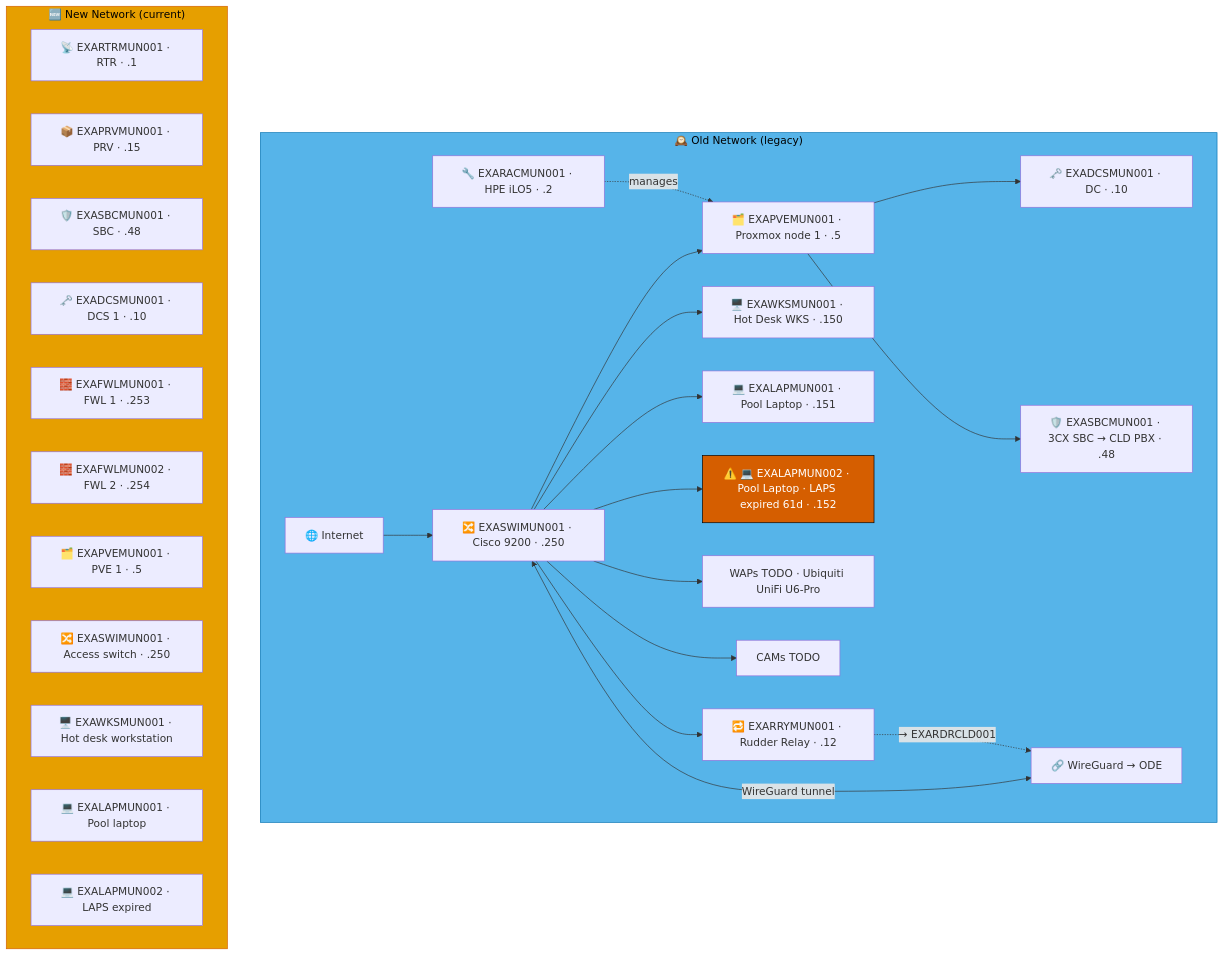
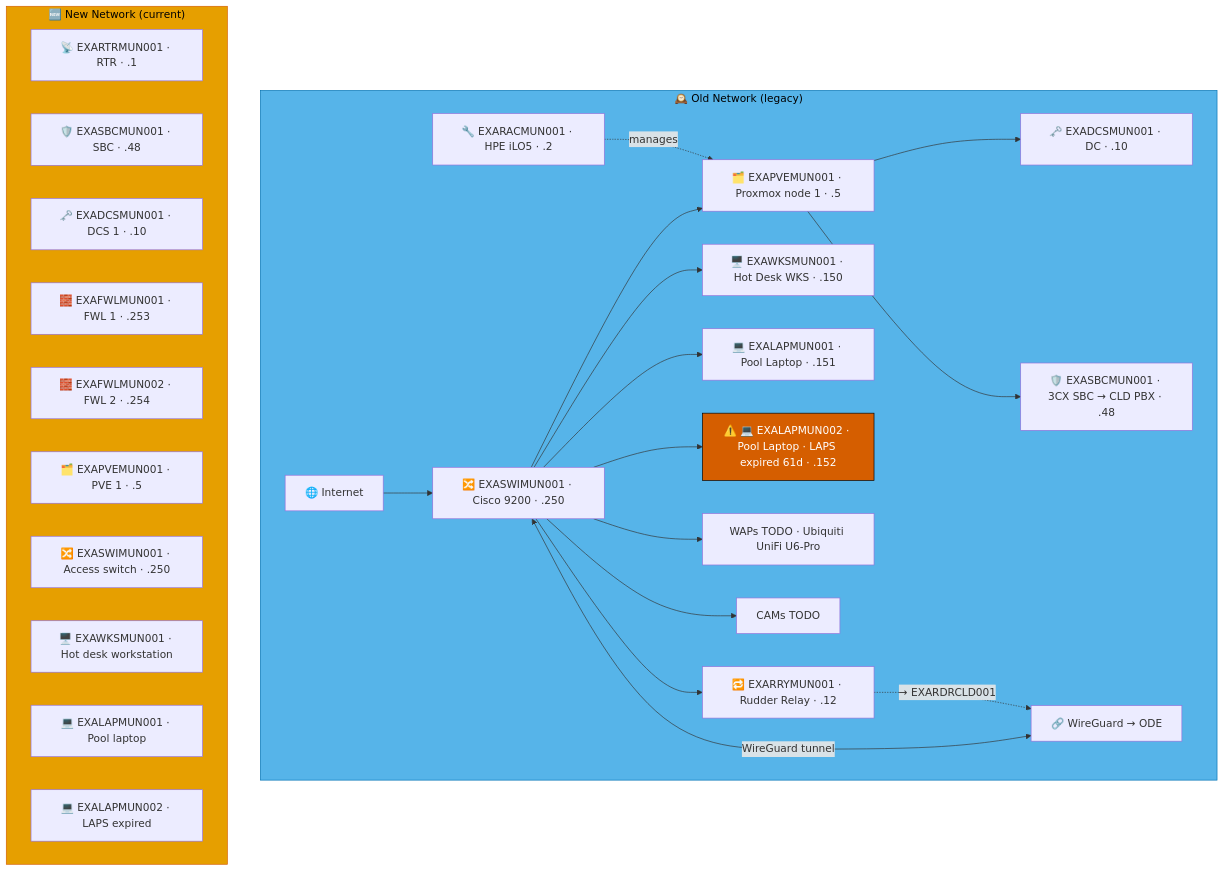
Before and after one commit to knightmare2600/example_music_infra: the third of 5 diagrams in docs/network-diagram/deutschland.md, drawn with Mermaid. The commit also changed other lines of this file and 55 other files, not shown here.

````diff
--- a/docs/network-diagram/deutschland.md
+++ b/docs/network-diagram/deutschland.md
@@ -126,46 +124,45 @@
 ```mermaid
 graph TD
     subgraph OLD_MUN ["🕰️ Old Network (legacy)"]
       INET["🌐 Internet"]
       SW["🔀 EXASWIMUN001 · Cisco 9200 · .250"]
       RAC["🔧 EXARACMUN001 · HPE iLO5 · .2"]
       PVE["🗂️ EXAPVEMUN001 · Proxmox node 1 · .5"]
       DC["🗝️ EXADCSMUN001 · DC · .10"]
       SBC["🛡️ EXASBCMUN001 · 3CX SBC → CLD PBX · .48"]
       RRY["🔁 EXARRYMUN001 · Rudder Relay · .12"]
       WKS["🖥️ EXAWKSMUN001 · Hot Desk WKS · .150"]
       LAP1["💻 EXALAPMUN001 · Pool Laptop · .151"]
       LAP2["⚠️ 💻 EXALAPMUN002 · Pool Laptop · LAPS expired 61d · .152"]
       WAP["WAPs TODO · Ubiquiti UniFi U6-Pro"]
       CAM["CAMs TODO"]
       VPN["🔗 WireGuard → ODE"]
 
       INET --> SW
       SW --> PVE --> DC & SBC
       RAC -.->|"manages"| PVE
       SW --> WKS & LAP1 & LAP2 & WAP & CAM
       SW <-->|"WireGuard tunnel"| VPN
 
       SW --> RRY
       RRY -. "→ EXARDRCLD001" .-> VPN
     end
     style OLD_MUN fill:#56B4E9,stroke:#0072B2,color:#000000
     %% GENERATED:NEW-NETWORK:MUN:START
     subgraph NEW_MUN ["🆕 New Network (current)"]
       N_RTR["📡 EXARTRMUN001 · RTR · .1"]
-      N_PRV["📦 EXAPRVMUN001 · PRV · .15"]
       N_SBC["🛡️ EXASBCMUN001 · SBC · .48"]
       N_DCS["🗝️ EXADCSMUN001 · DCS 1 · .10"]
       N_FWL["🧱 EXAFWLMUN001 · FWL 1 · .253"]
       N_FWL2["🧱 EXAFWLMUN002 · FWL 2 · .254"]
       N_PVE["🗂️ EXAPVEMUN001 · PVE 1 · .5"]
       N_SWI["🔀 EXASWIMUN001 · Access switch · .250"]
       N_WKS["🖥️ EXAWKSMUN001 · Hot desk workstation"]
       N_LAP["💻 EXALAPMUN001 · Pool laptop"]
       N_LAP2["💻 EXALAPMUN002 · LAPS expired"]
     end
     style NEW_MUN fill:#E69F00,stroke:#D55E00,color:#000000
     %% GENERATED:NEW-NETWORK:MUN:END
     classDef warn fill:#D55E00,stroke:#000000,color:#ffffff
     class LAP2 warn
 ```
````
